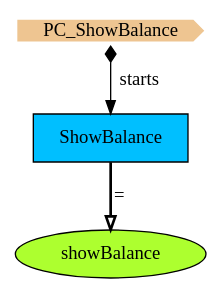
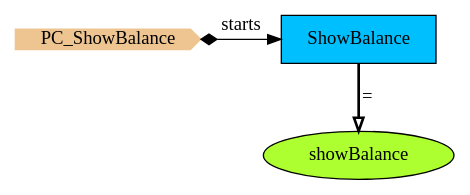
Before and after one commit to namalio/Fragmenta: the diagram in Haskell/PCs/Examples/img/PC_ShowBalance.gv, drawn with Graphviz. The commit also changed 157 other files, not shown here.

```diff
--- a/Haskell/PCs/Examples/img/PC_ShowBalance.gv
+++ b/Haskell/PCs/Examples/img/PC_ShowBalance.gv
@@ -1,8 +1,10 @@
 digraph {
 StartN_ [shape = cds,color=burlywood2,style=filled,height=.2,width=.2, label =PC_ShowBalance];
+ShowBalance [shape=box,fillcolor=deepskyblue,style = filled,label="ShowBalance "];
 showBalance [shape=ellipse,fillcolor=greenyellow,style = filled,label="showBalance"];
-ShowBalance [shape=box,fillcolor=deepskyblue,style = filled,label="ShowBalance "];
+
+{rank=same;ShowBalance,StartN_}
 
 StartN_->ShowBalance[arrowtail=diamond,dir=both,label="starts"];
 ShowBalance->showBalance[arrowhead="onormal",penwidth=2,label="="];
 }
```
